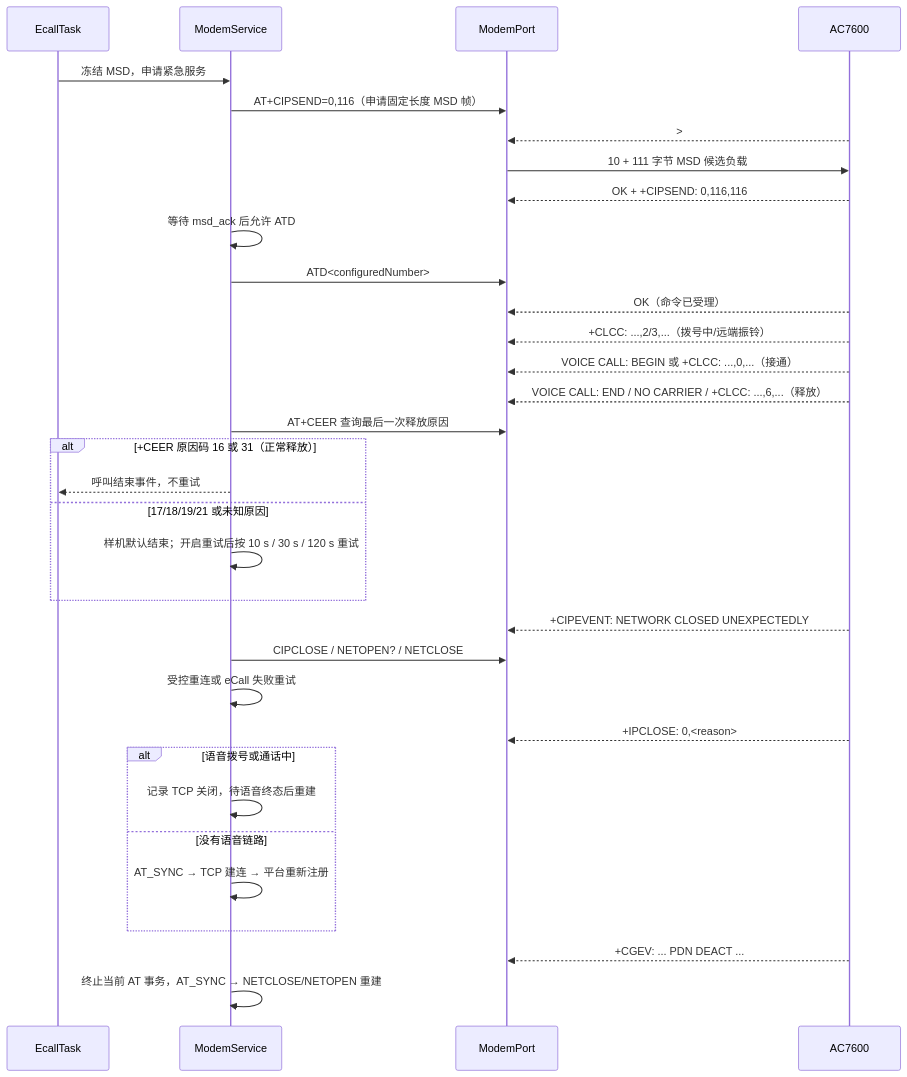
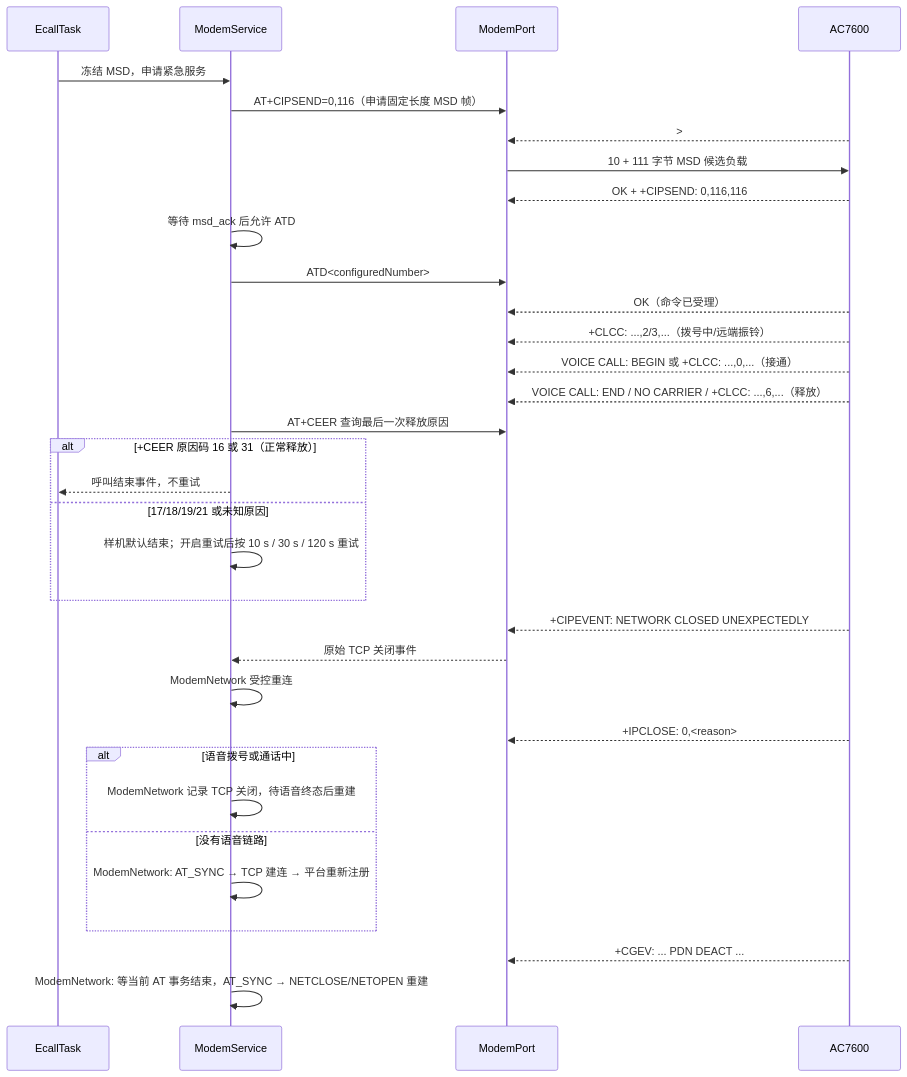
One commit to xiaojunzhong123/eCall changed the seventh of 7 diagrams in docs/AC7600_TCPIP_SWIMLANE.md. Above: the diagram before and after it, drawn with Mermaid. The commit also changed other lines of this file and 3 other files, not shown here.

````diff
--- a/docs/AC7600_TCPIP_SWIMLANE.md
+++ b/docs/AC7600_TCPIP_SWIMLANE.md
@@ -215,39 +220,39 @@
 ```mermaid
 sequenceDiagram
     participant E as EcallTask
     participant S as ModemService
     participant P as ModemPort
     participant M as AC7600
 
     E->>S: 冻结 MSD，申请紧急服务
     S->>P: AT+CIPSEND=0,116（申请固定长度 MSD 帧）
     M-->>P: >
     P->>M: 10 + 111 字节 MSD 候选负载
     M-->>P: OK + +CIPSEND: 0,116,116
     S->>S: 等待 msd_ack 后允许 ATD
     S->>P: ATD<configuredNumber>;
     M-->>P: OK（命令已受理）
     M-->>P: +CLCC: ...,2/3,...（拨号中/远端振铃）
     M-->>P: VOICE CALL: BEGIN 或 +CLCC: ...,0,...（接通）
     M-->>P: VOICE CALL: END / NO CARRIER / +CLCC: ...,6,...（释放）
     S->>P: AT+CEER 查询最后一次释放原因
     alt +CEER 原因码 16 或 31（正常释放）
         S-->>E: 呼叫结束事件，不重试
     else 17/18/19/21 或未知原因
         S->>S: 样机默认结束；开启重试后按 10 s / 30 s / 120 s 重试
     end
 
     M-->>P: +CIPEVENT: NETWORK CLOSED UNEXPECTEDLY
-    S->>P: CIPCLOSE / NETOPEN? / NETCLOSE
-    S->>S: 受控重连或 eCall 失败重试
+    P-->>S: 原始 TCP 关闭事件
+    S->>S: ModemNetwork 受控重连
 
     M-->>P: +IPCLOSE: 0,<reason>
     alt 语音拨号或通话中
-        S->>S: 记录 TCP 关闭，待语音终态后重建
+        S->>S: ModemNetwork 记录 TCP 关闭，待语音终态后重建
     else 没有语音链路
-        S->>S: AT_SYNC → TCP 建连 → 平台重新注册
+        S->>S: ModemNetwork: AT_SYNC → TCP 建连 → 平台重新注册
     end
 
     M-->>P: +CGEV: ... PDN DEACT ...
-    S->>S: 终止当前 AT 事务，AT_SYNC → NETCLOSE/NETOPEN 重建
+    S->>S: ModemNetwork: 等当前 AT 事务结束，AT_SYNC → NETCLOSE/NETOPEN 重建
 ```
````
